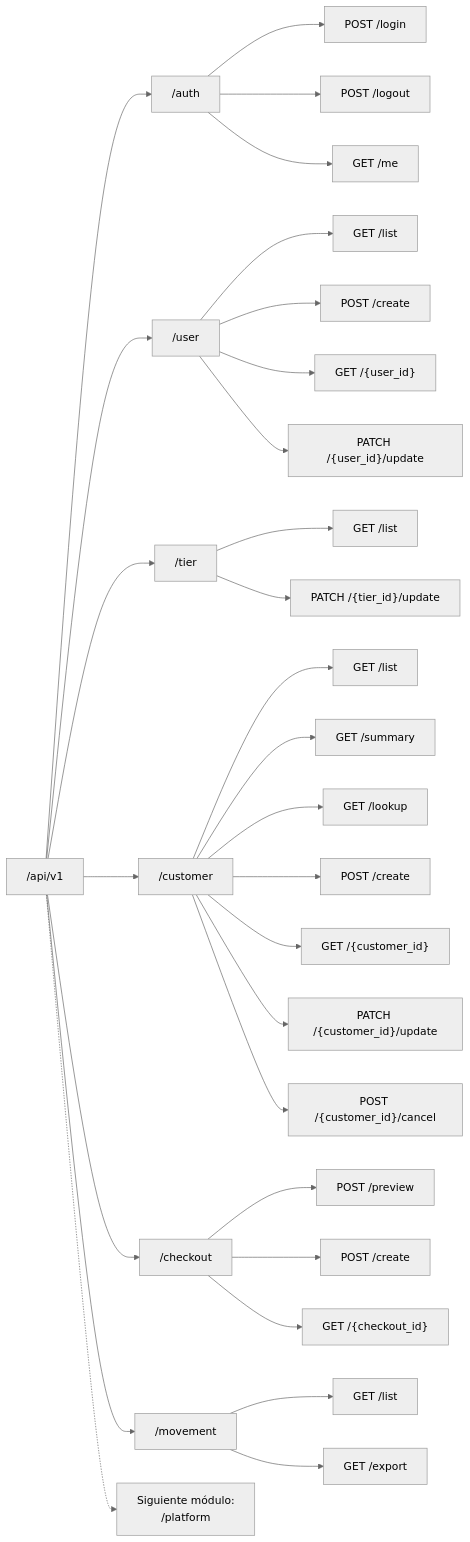
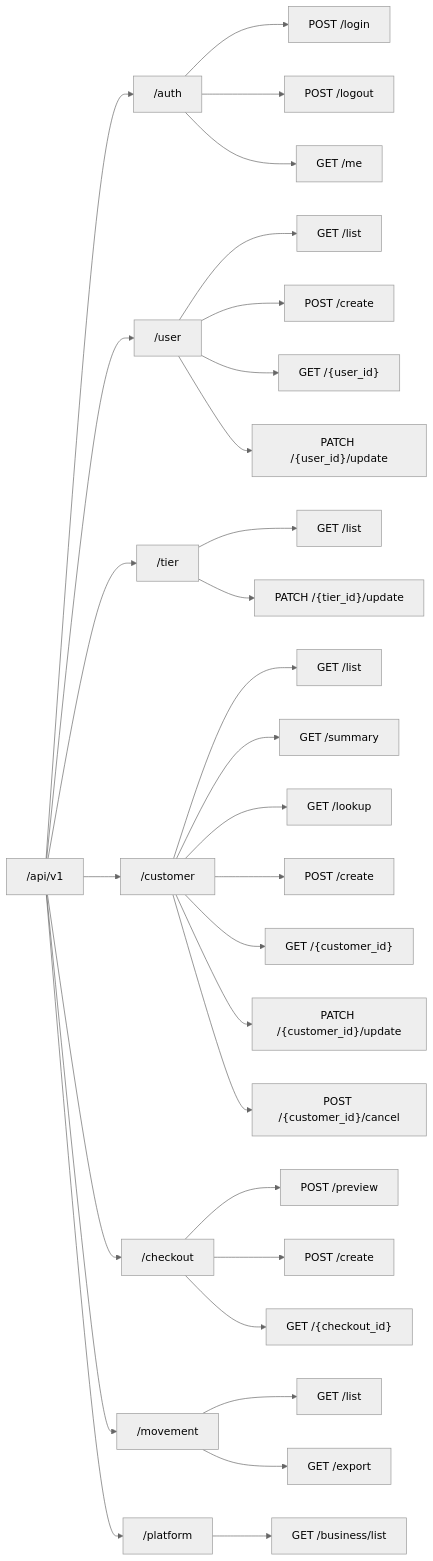
The sixth of 13 diagrams in docs/ARCHITECTURE.md (AGA-Studio/Member-Web), drawn with Mermaid (neutral theme) before and after one commit. The commit also changed other lines of this file and 1 other file, not shown here.

Commit message:
docs: documentar el módulo de plataforma

````diff
--- a/docs/ARCHITECTURE.md
+++ b/docs/ARCHITECTURE.md
@@ -359,37 +369,39 @@
 ```mermaid
 flowchart LR
     ROOT["/api/v1"] --> AUTH["/auth"]
     ROOT --> USER["/user"]
     ROOT --> TIER["/tier"]
     ROOT --> CUST["/customer"]
     ROOT --> CHK["/checkout"]
     ROOT --> MOV["/movement"]
-    ROOT -.-> NEXT["Siguiente módulo:<br/>/platform"]
+    ROOT --> PLAT["/platform"]
 
     AUTH --> L["POST /login"]
     AUTH --> LO["POST /logout"]
     AUTH --> ME["GET /me"]
 
     USER --> UL["GET /list"]
     USER --> UC["POST /create"]
     USER --> UG["GET /{user_id}"]
     USER --> UU["PATCH /{user_id}/update"]
 
     TIER --> TL["GET /list"]
     TIER --> TU["PATCH /{tier_id}/update"]
 
     CUST --> CL["GET /list"]
     CUST --> CS["GET /summary"]
     CUST --> CK["GET /lookup"]
     CUST --> CC["POST /create"]
     CUST --> CG["GET /{customer_id}"]
     CUST --> CU["PATCH /{customer_id}/update"]
     CUST --> CX["POST /{customer_id}/cancel"]
 
     CHK --> KP["POST /preview"]
     CHK --> KC["POST /create"]
     CHK --> KG["GET /{checkout_id}"]
 
     MOV --> VL["GET /list"]
     MOV --> VE["GET /export"]
+
+    PLAT --> PB["GET /business/list"]
 ```
````
